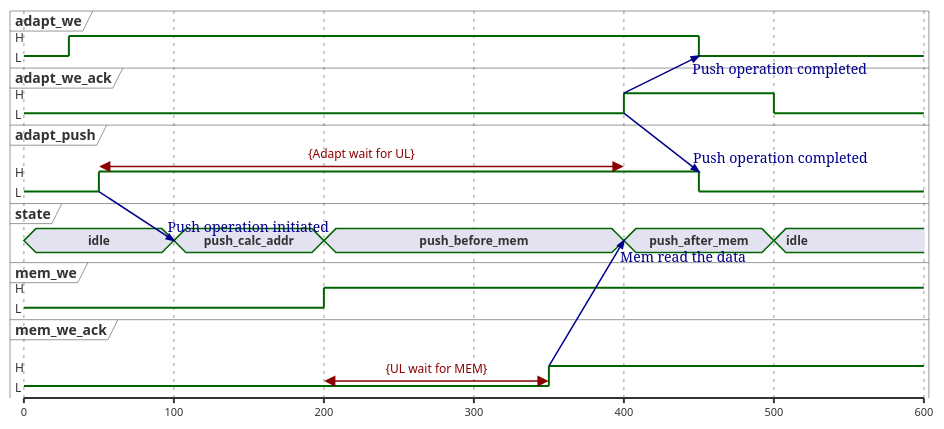
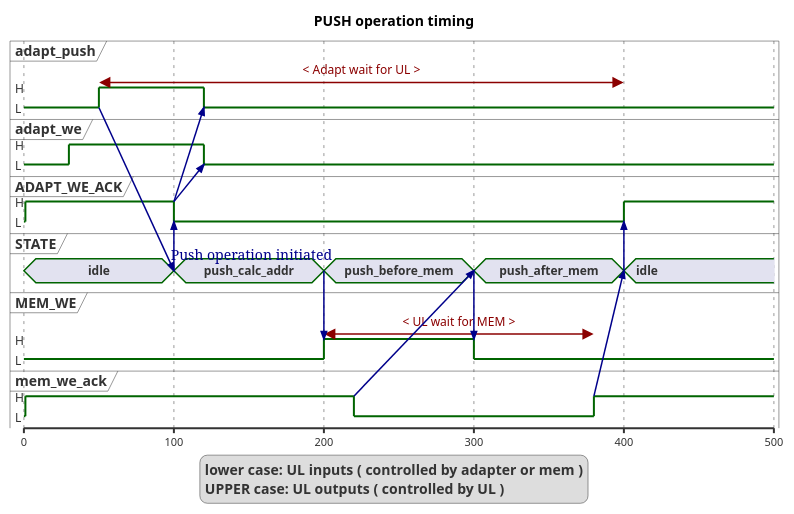
The diagram in spec/timing_push.plantuml (bukodi/acu_stack), drawn with PlantUML before and after one commit. The commit also changed other lines of this file and 2 other files, not shown here.

Commit message:
Fix timing diagram

```diff
--- a/spec/timing_push.plantuml
+++ b/spec/timing_push.plantuml
@@ -1,59 +3,81 @@
 @startuml
+
+Title PUSH operation timing
+
+legend
+lower case: UL inputs ( controlled by adapter or mem )
+UPPER case: UL outputs ( controlled by UL )
+end legend
+
+robust "adapt_push" as AP
 robust "adapt_we" as AWE
-robust "adapt_we_ack" as AWEACK
-robust "adapt_push" as AP
-concise "state" as ST
-robust "mem_we" as MWE
+robust "ADAPT_WE_ACK" as AWEACK
+concise "STATE" as ST
+robust "MEM_WE" as MWE
 robust "mem_we_ack" as MWEACK
 
 scale 100 as 150 pixels
 
 
 @0
 AWE is L
 AWEACK is L
 AP is L
 ST is idle
 MWE is L
 MWEACK is L
 
+@1
+AWEACK is H
+MWEACK is H
+
 @30
 AWE is H
 
 @50
 AP is H
 AP -> ST@+50 : Push operation initiated
 
 @100
 ST is push_calc_addr
+AWEACK is L
+ST -> AWEACK
+AWEACK -> AWE@+20 
+AWEACK -> AP@+20 
+
+@120
+AWE is L
+AP is L
 
 @200
 MWE is H
 ST is push_before_mem
+ST -> MWE
 
-@350
+@220
+MWEACK is L
+MWEACK -> ST@+80
+
+@300
+ST is push_after_mem
+MWE is L
+ST -> MWE
+
+@380
 MWEACK is H
-MWEACK -> ST@+50 : Mem read the data
+MWEACK -> ST@+20
 
 @400
-ST is push_after_mem
+ST is idle
 AWEACK is H
-AWEACK -> AWE@+50 : Push operation completed
-AWEACK -> AP@+50 : Push operation completed
+ST -> AWEACK
 
-@450
-AWE is L
-AP is L
 
-@500
-AWEACK is L
-ST is idle
-
-@MWEACK
-@200 <-> @+150 : {UL wait for MEM}
+@MWE
+@200 <-> @380 : < UL wait for MEM >
 
 @AP
-@50 <-> @400 : {Adapt wait for UL}
+@50 <-> @400 : < Adapt wait for UL >
 
 
 @enduml
```
